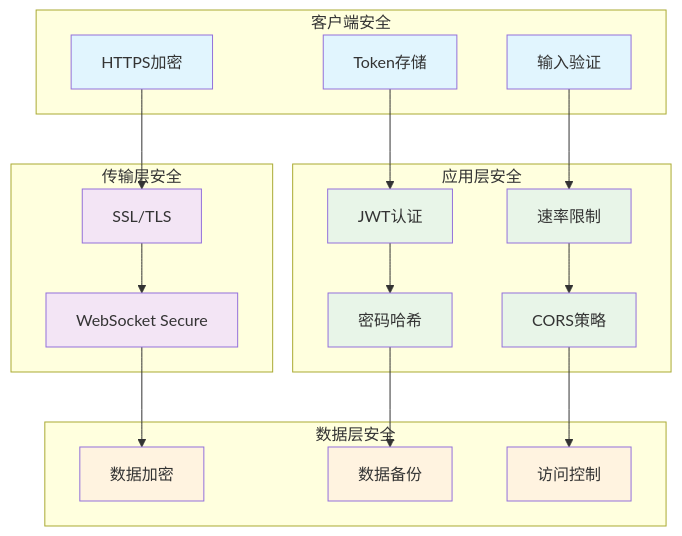
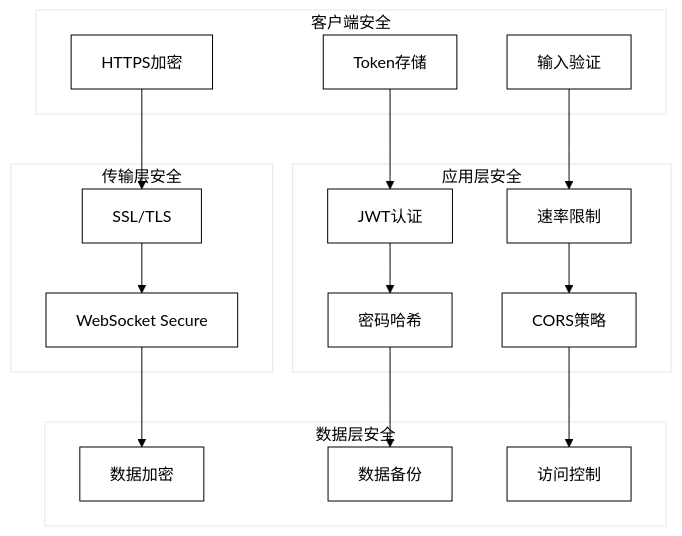
Before and after one commit to hjq-cpu/graduation-project: the fifth of 5 diagrams in chat_system_architecture_mermaid.md, drawn with Mermaid. The commit also changed other lines of this file and 4 other files, not shown here.

````diff
--- a/chat_system_architecture_mermaid.md
+++ b/chat_system_architecture_mermaid.md
@@ -244,48 +207,40 @@
 ```mermaid
+%%{init: {'theme':'base', 'themeVariables': { 'primaryColor': '#ffffff', 'primaryTextColor': '#000000', 'primaryBorderColor': '#000000', 'lineColor': '#000000', 'secondaryColor': '#ffffff', 'tertiaryColor': '#ffffff'}}}%%
 graph TB
     subgraph "客户端安全"
         HTTPS[HTTPS加密]
         TokenStorage[Token存储]
         InputValidation[输入验证]
     end
 
     subgraph "传输层安全"
         SSL[SSL/TLS]
         WebSocketSecure[WebSocket Secure]
     end
 
     subgraph "应用层安全"
         JWT[JWT认证]
         PasswordHash[密码哈希]
         RateLimit[速率限制]
         CORS[CORS策略]
     end
 
     subgraph "数据层安全"
         DataEncryption[数据加密]
         Backup[数据备份]
         AccessControl[访问控制]
     end
 
     HTTPS --> SSL
     TokenStorage --> JWT
     InputValidation --> RateLimit
     
     SSL --> WebSocketSecure
     JWT --> PasswordHash
     RateLimit --> CORS
     
     WebSocketSecure --> DataEncryption
     PasswordHash --> Backup
     CORS --> AccessControl
 
-    classDef clientSecurity fill:#e1f5fe
-    classDef transportSecurity fill:#f3e5f5
-    classDef appSecurity fill:#e8f5e8
-    classDef dataSecurity fill:#fff3e0
-
-    class HTTPS,TokenStorage,InputValidation clientSecurity
-    class SSL,WebSocketSecure transportSecurity
-    class JWT,PasswordHash,RateLimit,CORS appSecurity
-    class DataEncryption,Backup,AccessControl dataSecurity
 ```
````
